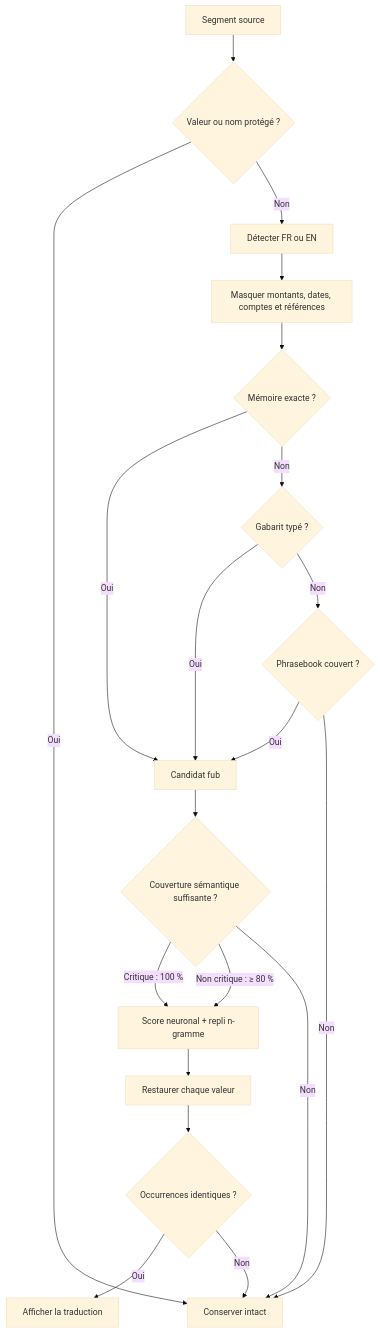
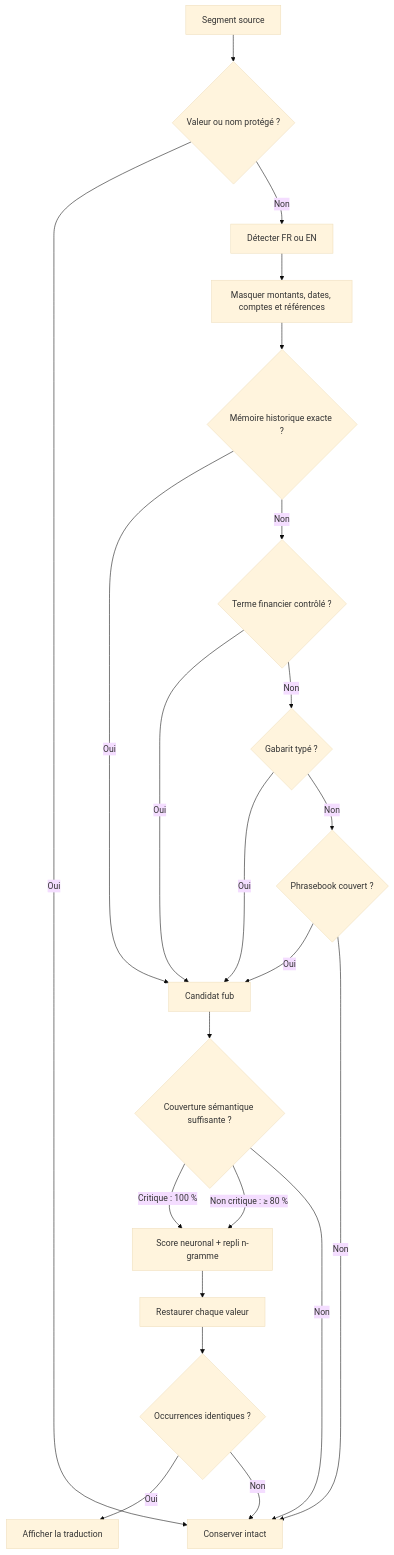
One commit to kaezerwatto/KORA changed the third of 7 diagrams in docs/ARCHITECTURE.md. Above: the diagram before and after it, drawn with Mermaid (base theme). The commit also changed other lines of this file and 48 other files, not shown here.

````diff
--- a/docs/ARCHITECTURE.md
+++ b/docs/ARCHITECTURE.md
@@ -70,22 +72,24 @@
 ```mermaid
 flowchart TD
     A[Segment source] --> B{Valeur ou nom protégé ?}
     B -->|Oui| Z[Conserver intact]
     B -->|Non| C[Détecter FR ou EN]
     C --> D[Masquer montants, dates, comptes et références]
-    D --> E{Mémoire exacte ?}
+    D --> E{Mémoire historique exacte ?}
     E -->|Oui| J[Candidat fub]
-    E -->|Non| F{Gabarit typé ?}
+    E -->|Non| CE{Terme financier contrôlé ?}
+    CE -->|Oui| J
+    CE -->|Non| F{Gabarit typé ?}
     F -->|Oui| J
     F -->|Non| G{Phrasebook couvert ?}
     G -->|Oui| J
     G -->|Non| Z
     J --> H{Couverture sémantique suffisante ?}
     H -->|Critique : 100 %| I[Score neuronal + repli n-gramme]
     H -->|Non critique : ≥ 80 %| I
     H -->|Non| Z
     I --> K[Restaurer chaque valeur]
     K --> L{Occurrences identiques ?}
     L -->|Oui| M[Afficher la traduction]
     L -->|Non| Z
 ```
````
